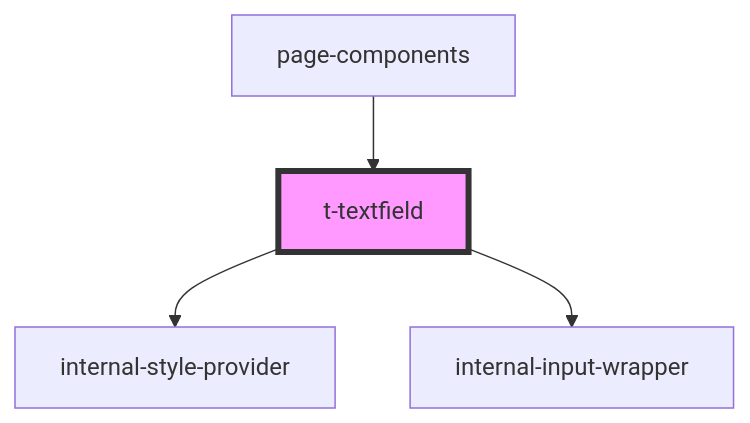
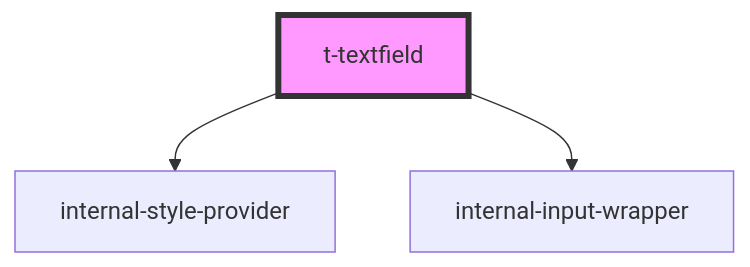
One commit to TomasEng/web-components changed the diagram in packages/t-web-components/src/components/t-textfield/readme.md. Above: the diagram before and after it, drawn with Mermaid. The commit also changed other lines of this file and 27 other files, not shown here.

````diff
--- a/packages/t-web-components/src/components/t-textfield/readme.md
+++ b/packages/t-web-components/src/components/t-textfield/readme.md
@@ -36,7 +32,6 @@
 ```mermaid
 graph TD;
   t-textfield --> internal-style-provider
   t-textfield --> internal-input-wrapper
-  page-components --> t-textfield
   style t-textfield fill:#f9f,stroke:#333,stroke-width:4px
 ```
````
